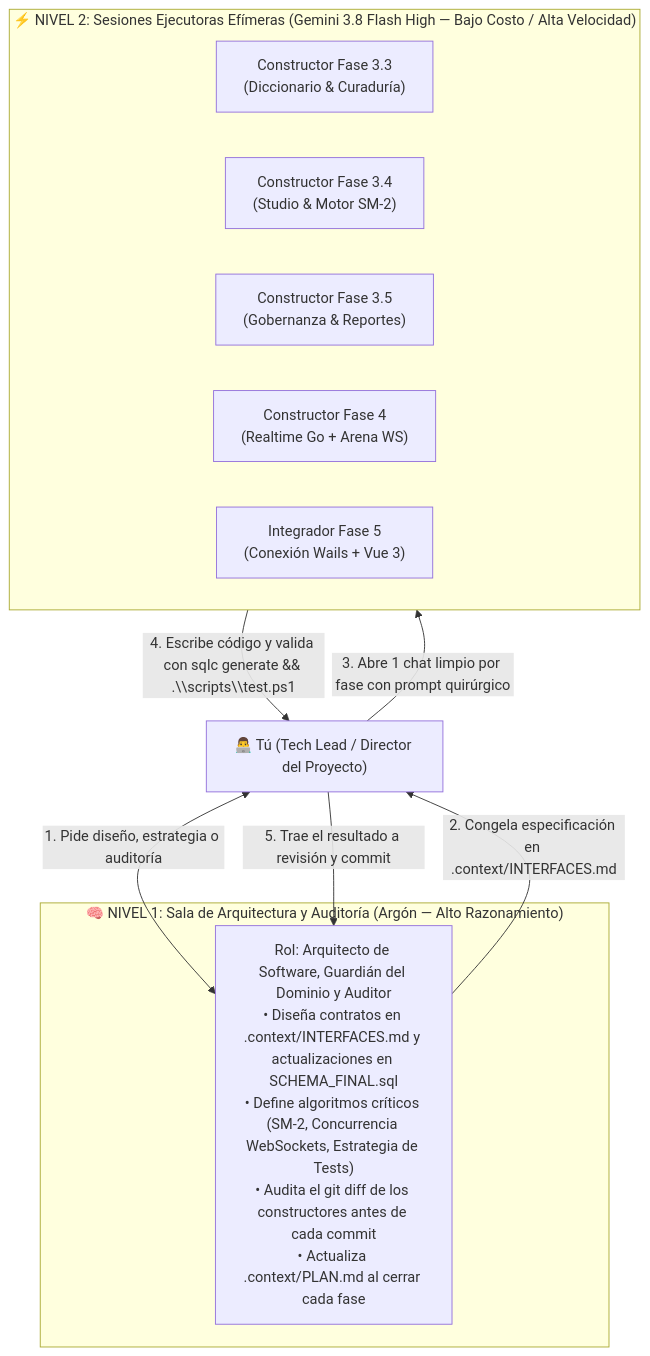
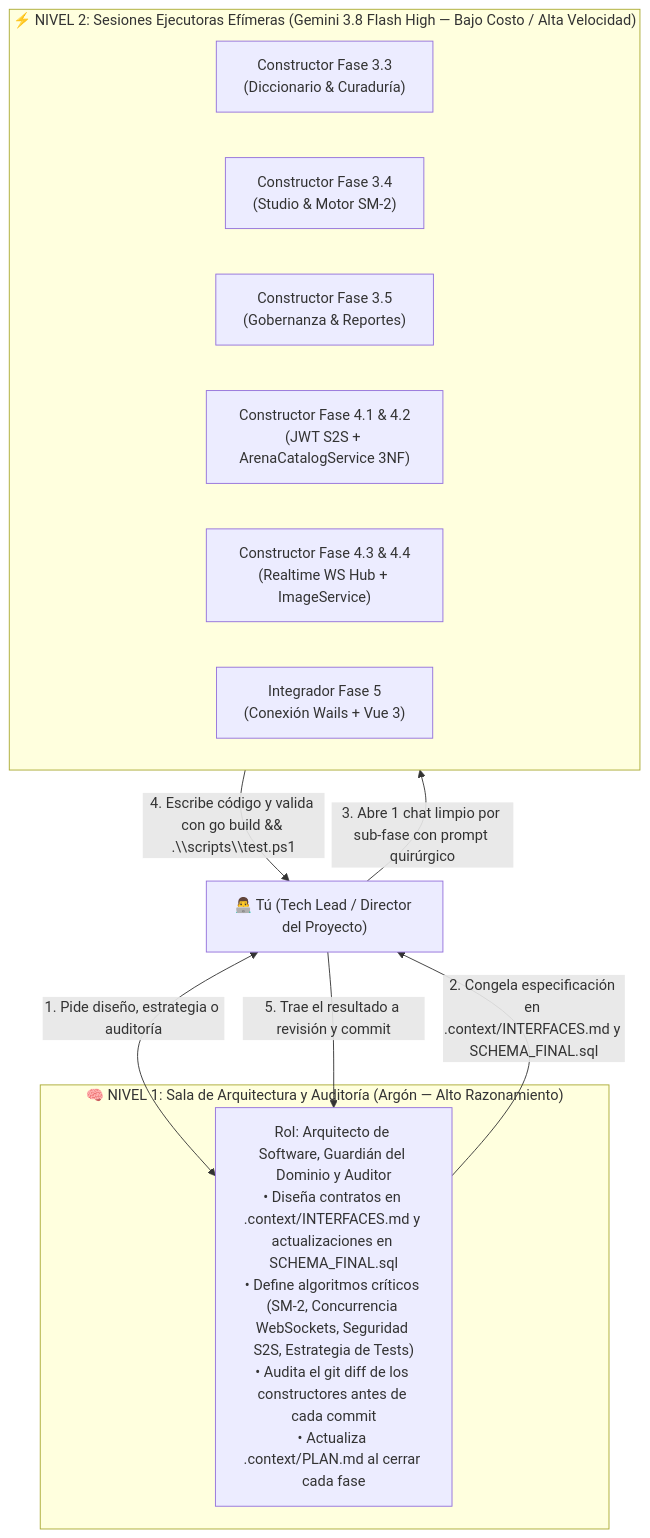
Before and after one commit to OGShawnLee/palabrario: the diagram in AGENT_WORKFLOW.md, drawn with Mermaid. The commit also changed other lines of this file and 4 other files, not shown here.

First line of the commit message:
docs: plan Phase 4 arena architecture, domain contracts, and atomic workflow

````diff
--- a/AGENT_WORKFLOW.md
+++ b/AGENT_WORKFLOW.md
@@ -33,22 +33,23 @@
 ```mermaid
 flowchart TD
     Lead["👨‍💻 Tú (Tech Lead / Director del Proyecto)"]
 
     subgraph Tier1["🧠 NIVEL 1: Sala de Arquitectura y Auditoría (Argón — Alto Razonamiento)"]
-        Architect["Rol: Arquitecto de Software, Guardián del Dominio y Auditor\n• Diseña contratos en .context/INTERFACES.md y actualizaciones en SCHEMA_FINAL.sql\n• Define algoritmos críticos (SM-2, Concurrencia WebSockets, Estrategia de Tests)\n• Audita el git diff de los constructores antes de cada commit\n• Actualiza .context/PLAN.md al cerrar cada fase"]
+        Architect["Rol: Arquitecto de Software, Guardián del Dominio y Auditor\n• Diseña contratos en .context/INTERFACES.md y actualizaciones en SCHEMA_FINAL.sql\n• Define algoritmos críticos (SM-2, Concurrencia WebSockets, Seguridad S2S, Estrategia de Tests)\n• Audita el git diff de los constructores antes de cada commit\n• Actualiza .context/PLAN.md al cerrar cada fase"]
     end
 
     subgraph Tier2["⚡ NIVEL 2: Sesiones Ejecutoras Efímeras (Gemini 3.8 Flash High — Bajo Costo / Alta Velocidad)"]
         Builder33["Constructor Fase 3.3\n(Diccionario & Curaduría)"]
         Builder34["Constructor Fase 3.4\n(Studio & Motor SM-2)"]
         Builder35["Constructor Fase 3.5\n(Gobernanza & Reportes)"]
-        Builder4["Constructor Fase 4\n(Realtime Go + Arena WS)"]
+        Builder41["Constructor Fase 4.1 & 4.2\n(JWT S2S + ArenaCatalogService 3NF)"]
+        Builder43["Constructor Fase 4.3 & 4.4\n(Realtime WS Hub + ImageService)"]
         Builder5["Integrador Fase 5\n(Conexión Wails + Vue 3)"]
     end
 
     Lead <-->|"1. Pide diseño, estrategia o auditoría"| Architect
-    Architect -->|"2. Congela especificación en .context/INTERFACES.md"| Lead
-    Lead -->|"3. Abre 1 chat limpio por fase con prompt quirúrgico"| Tier2
-    Tier2 -->|"4. Escribe código y valida con sqlc generate && .\\scripts\\test.ps1"| Lead
+    Architect -->|"2. Congela especificación en .context/INTERFACES.md y SCHEMA_FINAL.sql"| Lead
+    Lead -->|"3. Abre 1 chat limpio por sub-fase con prompt quirúrgico"| Tier2
+    Tier2 -->|"4. Escribe código y valida con go build && .\\scripts\\test.ps1"| Lead
     Lead -->|"5. Trae el resultado a revisión y commit"| Architect
 ```
````
